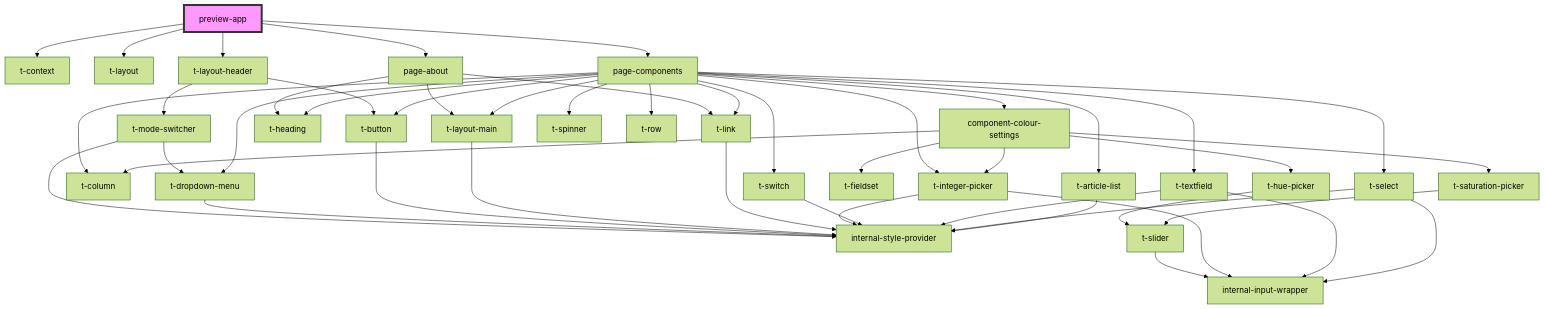
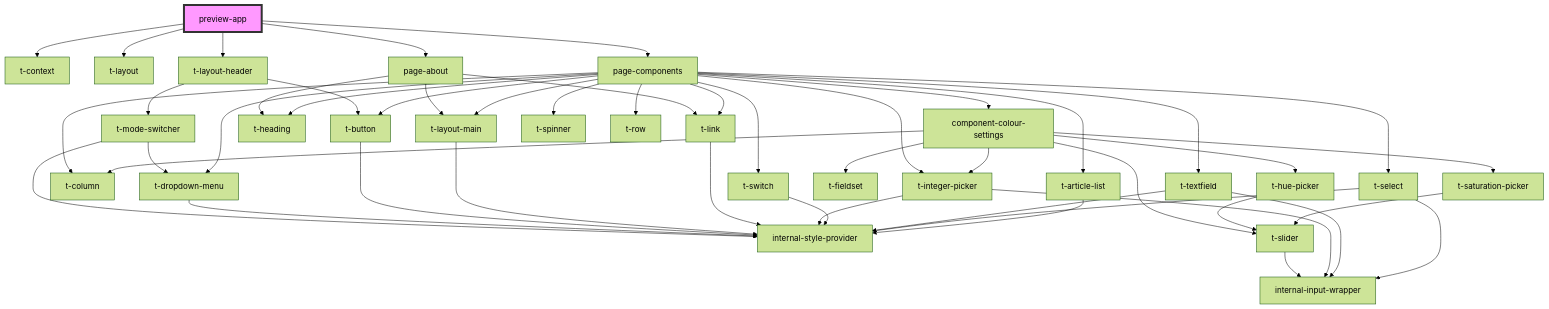
One commit to TomasEng/web-components changed the diagram in packages/t-web-components/src/preview-app/readme.md. Above: the diagram before and after it, drawn with Mermaid (forest theme). The commit also changed 19 other files, not shown here.

````diff
--- a/packages/t-web-components/src/preview-app/readme.md
+++ b/packages/t-web-components/src/preview-app/readme.md
@@ -19,50 +19,51 @@
 ```mermaid
 graph TD;
   preview-app --> t-context
   preview-app --> t-layout
   preview-app --> t-layout-header
   preview-app --> page-about
   preview-app --> page-components
   t-layout-header --> t-mode-switcher
   t-layout-header --> t-button
   t-mode-switcher --> internal-style-provider
   t-mode-switcher --> t-dropdown-menu
   t-dropdown-menu --> internal-style-provider
   t-button --> internal-style-provider
   page-about --> t-layout-main
   page-about --> t-heading
   page-about --> t-link
   t-layout-main --> internal-style-provider
   t-link --> internal-style-provider
   page-components --> t-layout-main
   page-components --> component-colour-settings
   page-components --> t-heading
   page-components --> t-button
   page-components --> t-column
   page-components --> t-switch
   page-components --> t-integer-picker
   page-components --> t-textfield
   page-components --> t-select
   page-components --> t-dropdown-menu
   page-components --> t-link
   page-components --> t-article-list
   page-components --> t-spinner
   page-components --> t-row
   component-colour-settings --> t-fieldset
   component-colour-settings --> t-column
   component-colour-settings --> t-hue-picker
   component-colour-settings --> t-saturation-picker
   component-colour-settings --> t-integer-picker
+  component-colour-settings --> t-slider
   t-hue-picker --> t-slider
   t-slider --> internal-input-wrapper
   t-saturation-picker --> t-slider
   t-integer-picker --> internal-style-provider
   t-integer-picker --> internal-input-wrapper
   t-switch --> internal-style-provider
   t-textfield --> internal-style-provider
   t-textfield --> internal-input-wrapper
   t-select --> internal-style-provider
   t-select --> internal-input-wrapper
   t-article-list --> internal-style-provider
   style preview-app fill:#f9f,stroke:#333,stroke-width:4px
 ```
````
